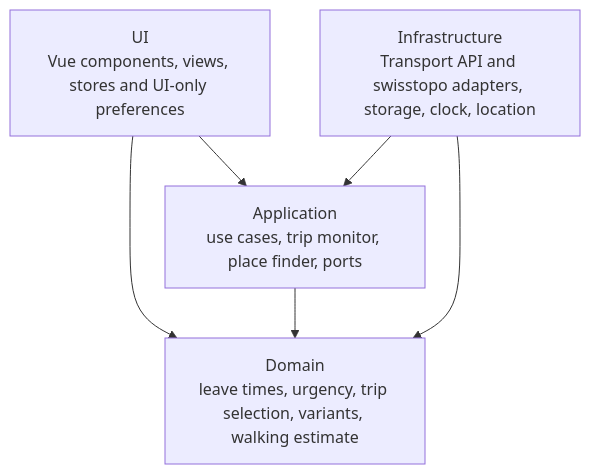
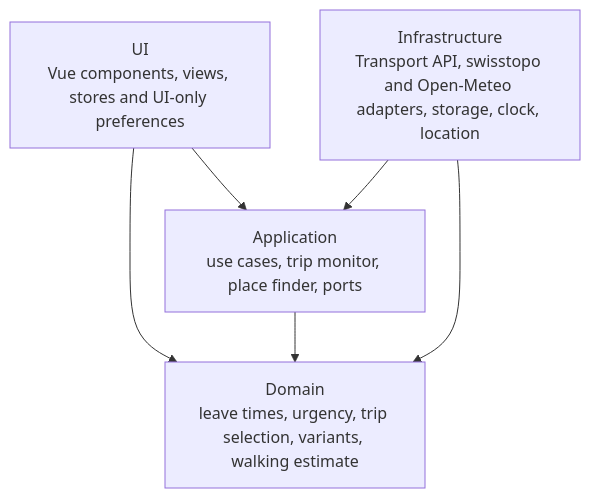
Before and after one commit to ndum/kairos: the third of 4 diagrams in README.md, drawn with Mermaid. The commit also changed other lines of this file and 30 other files, not shown here.

````diff
--- a/README.md
+++ b/README.md
@@ -82,13 +84,13 @@
 ```mermaid
 flowchart TB
     ui[UI<br/>Vue components, views, stores and UI-only preferences]
     application[Application<br/>use cases, trip monitor, place finder, ports]
     domain[Domain<br/>leave times, urgency, trip selection, variants, walking estimate]
-    infrastructure[Infrastructure<br/>Transport API and swisstopo adapters, storage, clock, location]
+    infrastructure[Infrastructure<br/>Transport API, swisstopo and Open-Meteo adapters, storage, clock, location]
 
     ui --> application
     ui --> domain
     application --> domain
     infrastructure --> application
     infrastructure --> domain
 ```
````
